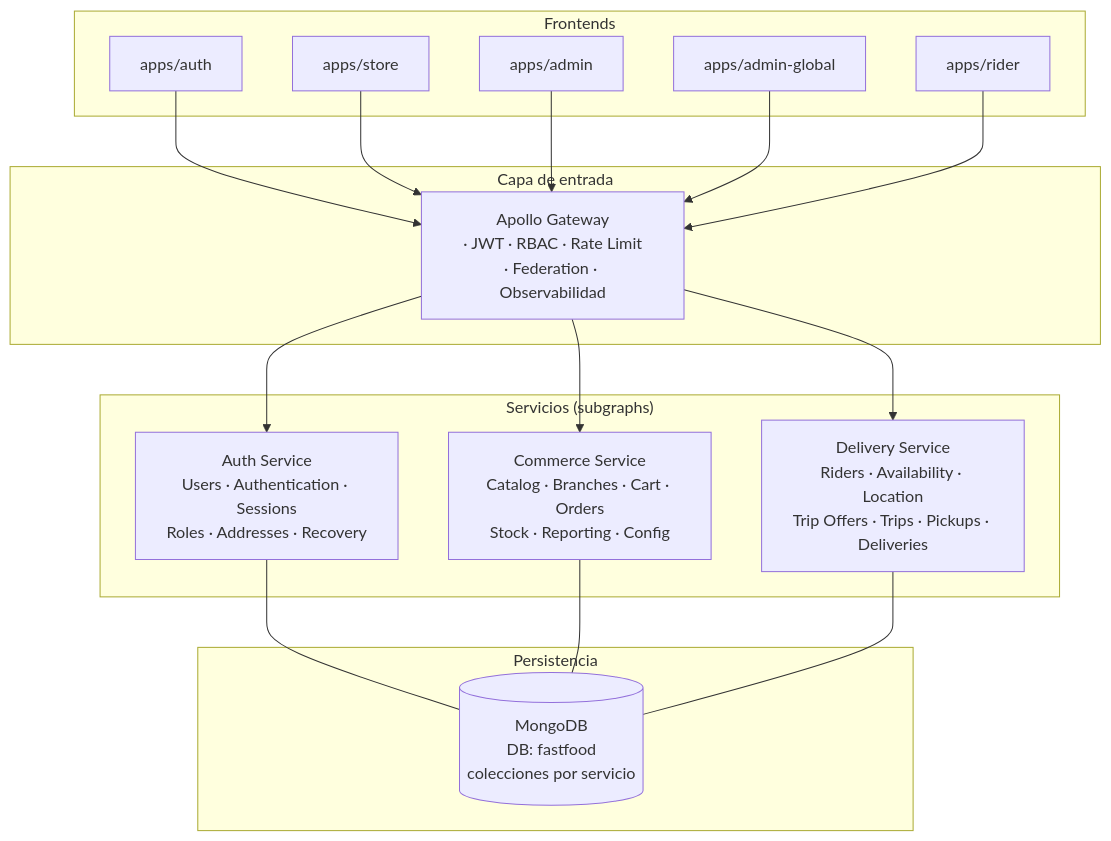
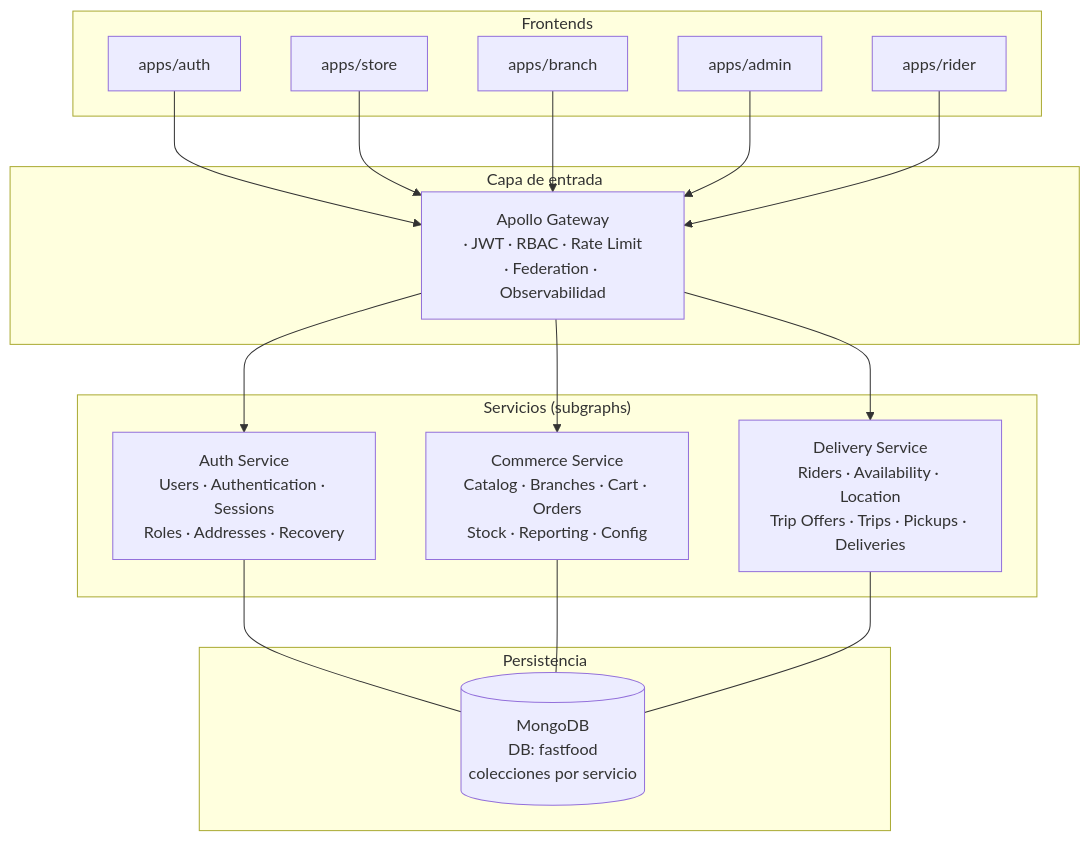
One commit to DesApp-2026c2-Grupo-X/Food-Bosco-Frontend changed the first of 4 diagrams in docs/requerimientos-backend.md. Above: the diagram before and after it, drawn with Mermaid. The commit also changed other lines of this file and 26 other files, not shown here.

First line of the commit message:
feature: Add GraphQL client integration and role-based redirect support

````diff
--- a/docs/requerimientos-backend.md
+++ b/docs/requerimientos-backend.md
@@ -87,38 +87,38 @@
 ```mermaid
 flowchart TB
     subgraph CLIENTS["Frontends"]
         AUTH_APP["apps/auth"]
         STORE["apps/store"]
-        ADMIN["apps/admin"]
-        ADMIN_GLOBAL["apps/admin-global"]
+        ADMIN["apps/branch"]
+        ADMIN_GLOBAL["apps/admin"]
         RIDER["apps/rider"]
     end
 
     subgraph EDGE["Capa de entrada"]
         GW["Apollo Gateway\n· JWT · RBAC · Rate Limit\n· Federation · Observabilidad"]
     end
 
     AUTH_APP --> GW
     STORE --> GW
     ADMIN --> GW
     ADMIN_GLOBAL --> GW
     RIDER --> GW
 
     subgraph SERVICES["Servicios (subgraphs)"]
         AUTH["Auth Service\nUsers · Authentication · Sessions\nRoles · Addresses · Recovery"]
         COMMERCE["Commerce Service\nCatalog · Branches · Cart · Orders\nStock · Reporting · Config"]
         DELIVERY["Delivery Service\nRiders · Availability · Location\nTrip Offers · Trips · Pickups · Deliveries"]
     end
 
     GW --> AUTH
     GW --> COMMERCE
     GW --> DELIVERY
 
     subgraph DATA["Persistencia"]
         DB[("MongoDB\nDB: fastfood\ncolecciones por servicio")]
     end
 
     AUTH --- DB
     COMMERCE --- DB
     DELIVERY --- DB
 ```
````
